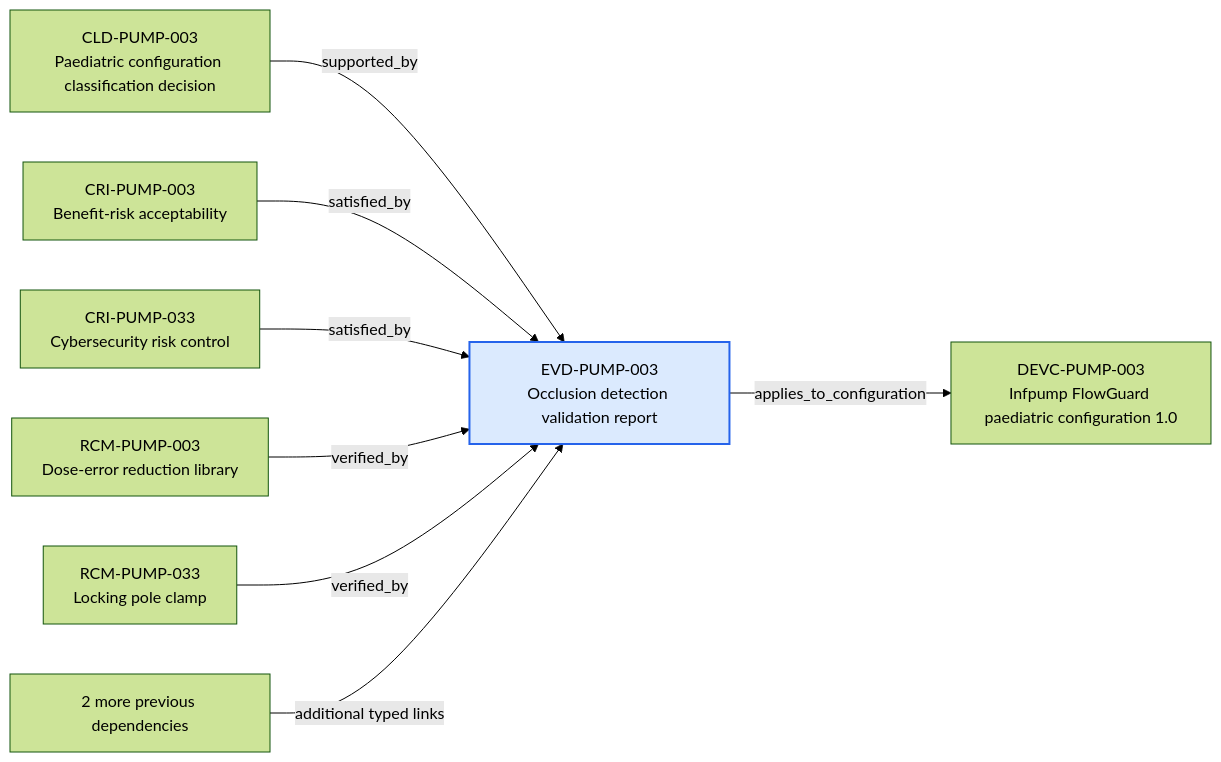
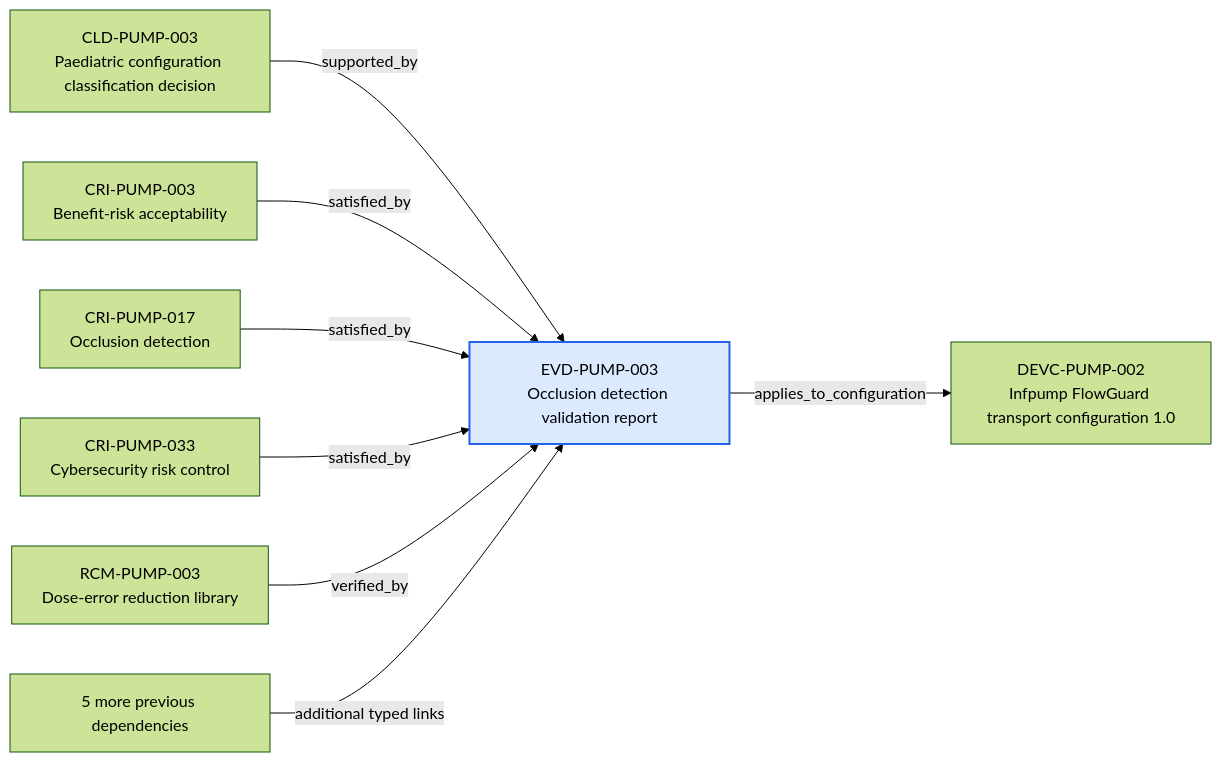
Before and after one commit to mvattulainen/mdrontology: the diagram in content/06-Infpump FlowGuard ontology notes/verification-evidence/EVD-PUMP-003-occlusion-detection-validation-report.md, drawn with Mermaid (forest theme). The commit also changed other lines of this file and 321 other files, not shown here.

Commit message:
Implement Mermaid ontology audit findings

````diff
--- a/content/06-Infpump FlowGuard ontology notes/verification-evidence/EVD-PUMP-003-occlusion-detection-validation-report.md
+++ b/content/06-Infpump FlowGuard ontology notes/verification-evidence/EVD-PUMP-003-occlusion-detection-validation-report.md
@@ -73,20 +75,20 @@
 ```mermaid
 flowchart LR
   CURRENT["EVD-PUMP-003<br/>Occlusion detection validation report"]
   PREV0["CLD-PUMP-003<br/>Paediatric configuration classification decision"]
   PREV0 -->|"supported_by"| CURRENT
   PREV1["CRI-PUMP-003<br/>Benefit-risk acceptability"]
   PREV1 -->|"satisfied_by"| CURRENT
-  PREV2["CRI-PUMP-033<br/>Cybersecurity risk control"]
+  PREV2["CRI-PUMP-017<br/>Occlusion detection"]
   PREV2 -->|"satisfied_by"| CURRENT
-  PREV3["RCM-PUMP-003<br/>Dose-error reduction library"]
-  PREV3 -->|"verified_by"| CURRENT
-  PREV4["RCM-PUMP-033<br/>Locking pole clamp"]
+  PREV3["CRI-PUMP-033<br/>Cybersecurity risk control"]
+  PREV3 -->|"satisfied_by"| CURRENT
+  PREV4["RCM-PUMP-003<br/>Dose-error reduction library"]
   PREV4 -->|"verified_by"| CURRENT
-  PREV_MORE["2 more previous dependencies"]
+  PREV_MORE["5 more previous dependencies"]
   PREV_MORE -->|"additional typed links"| CURRENT
-  NEXT0["DEVC-PUMP-003<br/>Infpump FlowGuard paediatric configuration 1.0"]
+  NEXT0["DEVC-PUMP-002<br/>Infpump FlowGuard transport configuration 1.0"]
   CURRENT -->|"applies_to_configuration"| NEXT0
   classDef current fill:#dbeafe,stroke:#2563eb,stroke-width:2px
   class CURRENT current
 ```
````
